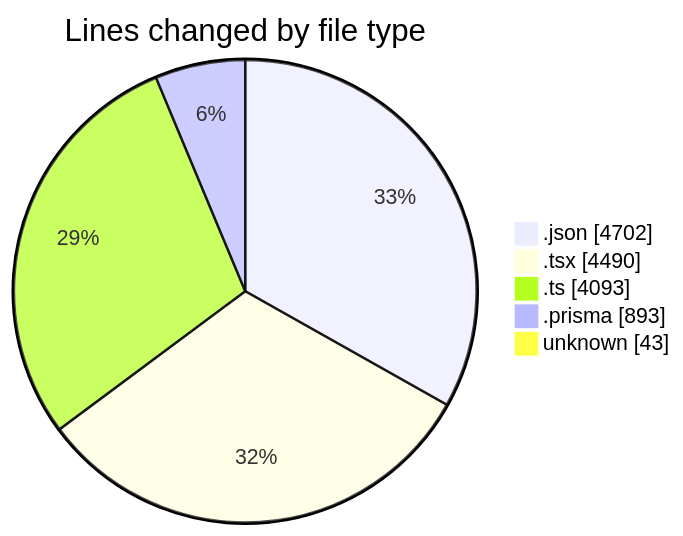
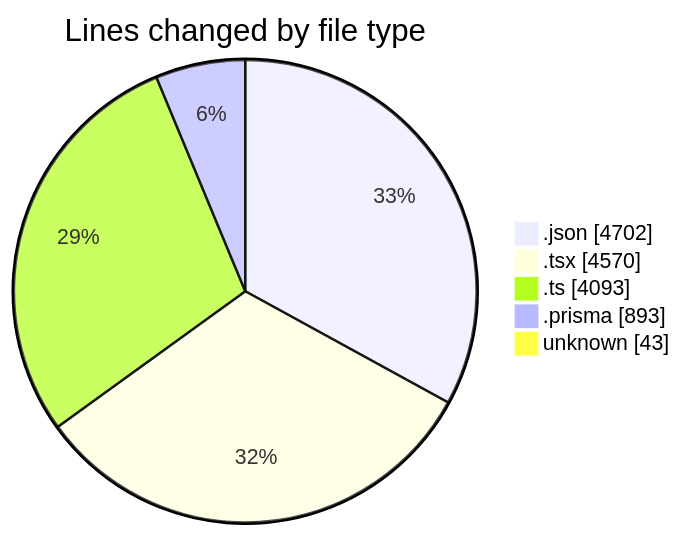
The first of 2 diagrams in 2025-05-05/ecodeli/README.md (CELIANVF/code-tracking), drawn with Mermaid before and after one commit. The commit also changed other lines of this file and 1 other file, not shown here.

````diff
--- a/2025-05-05/ecodeli/README.md
+++ b/2025-05-05/ecodeli/README.md
@@ -56,9 +57,9 @@
 ```mermaid
 pie showData
 title Lines changed by file type
 ".json" : 4702
-".tsx" : 4490
+".tsx" : 4570
 ".ts" : 4093
 ".prisma" : 893
 "unknown" : 43
 ```
````
